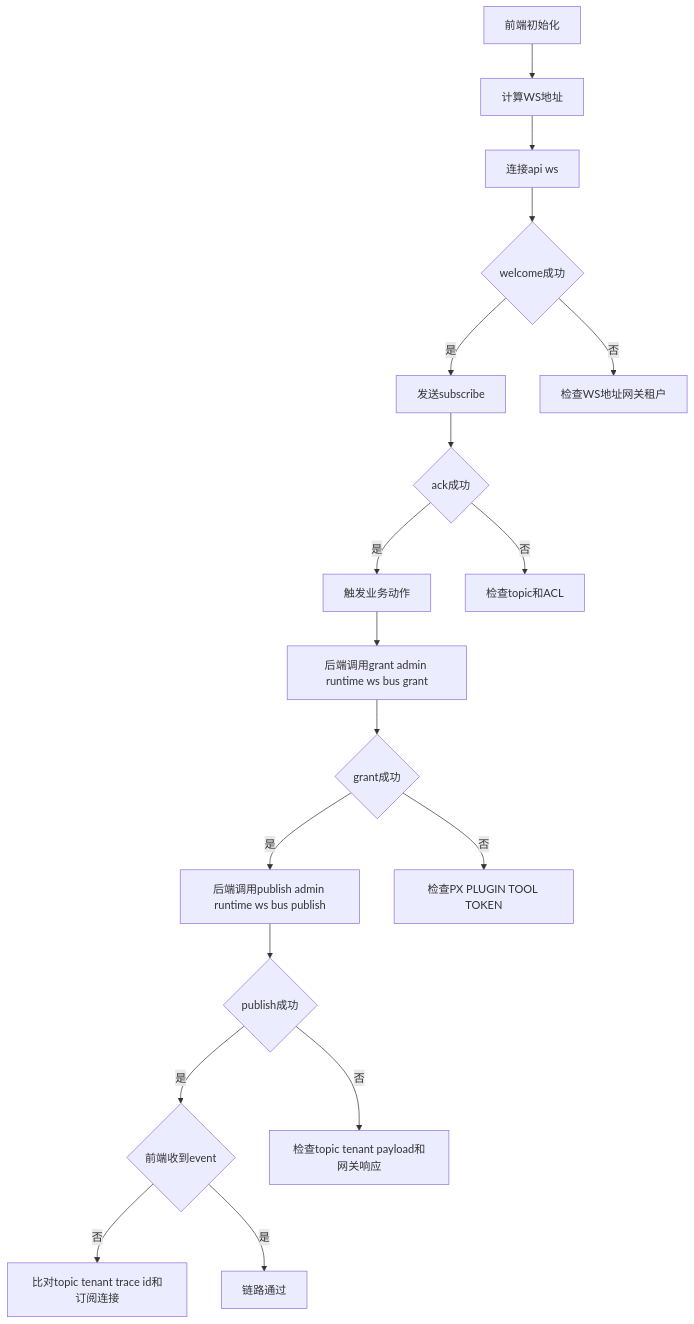
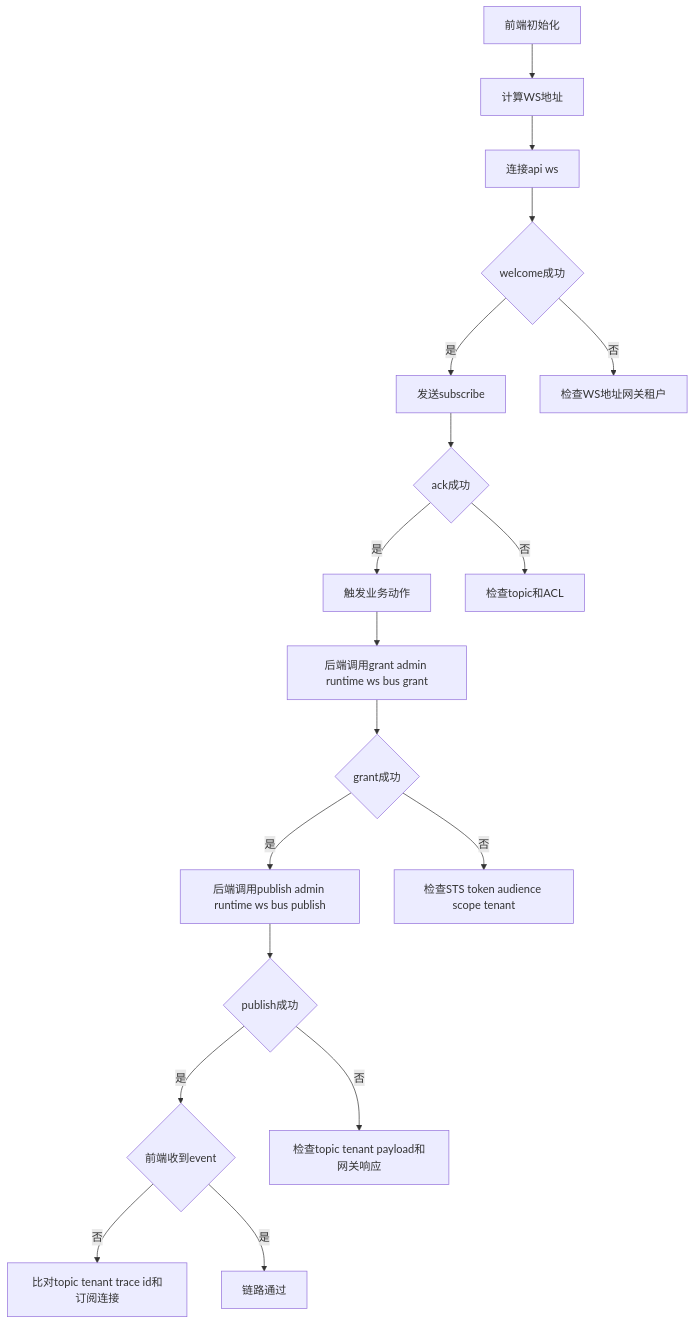
The diagram in docs/guides/async_runtime/websocket/README.md (ArtisanCloud/PowerX), drawn with Mermaid before and after one commit. The commit also changed other lines of this file and 47 other files, not shown here.

````diff
--- a/docs/guides/async_runtime/websocket/README.md
+++ b/docs/guides/async_runtime/websocket/README.md
@@ -42,39 +44,39 @@
 ```mermaid
 flowchart TD
     A[前端初始化]
     B[计算WS地址]
     C[连接api ws]
     D{welcome成功}
     E[发送subscribe]
     F{ack成功}
     G[触发业务动作]
     H[后端调用grant admin runtime ws bus grant]
     I{grant成功}
     J[后端调用publish admin runtime ws bus publish]
     K{publish成功}
     L{前端收到event}
     M[链路通过]
     D1[检查WS地址网关租户]
     F1[检查topic和ACL]
-    I1[检查PX PLUGIN TOOL TOKEN]
+    I1[检查STS token audience scope tenant]
     K1[检查topic tenant payload和网关响应]
     L1[比对topic tenant trace id和订阅连接]
 
     A --> B
     B --> C
     C --> D
     D -- 否 --> D1
     D -- 是 --> E
     E --> F
     F -- 否 --> F1
     F -- 是 --> G
     G --> H
     H --> I
     I -- 否 --> I1
     I -- 是 --> J
     J --> K
     K -- 否 --> K1
     K -- 是 --> L
     L -- 否 --> L1
     L -- 是 --> M
 ```
````
